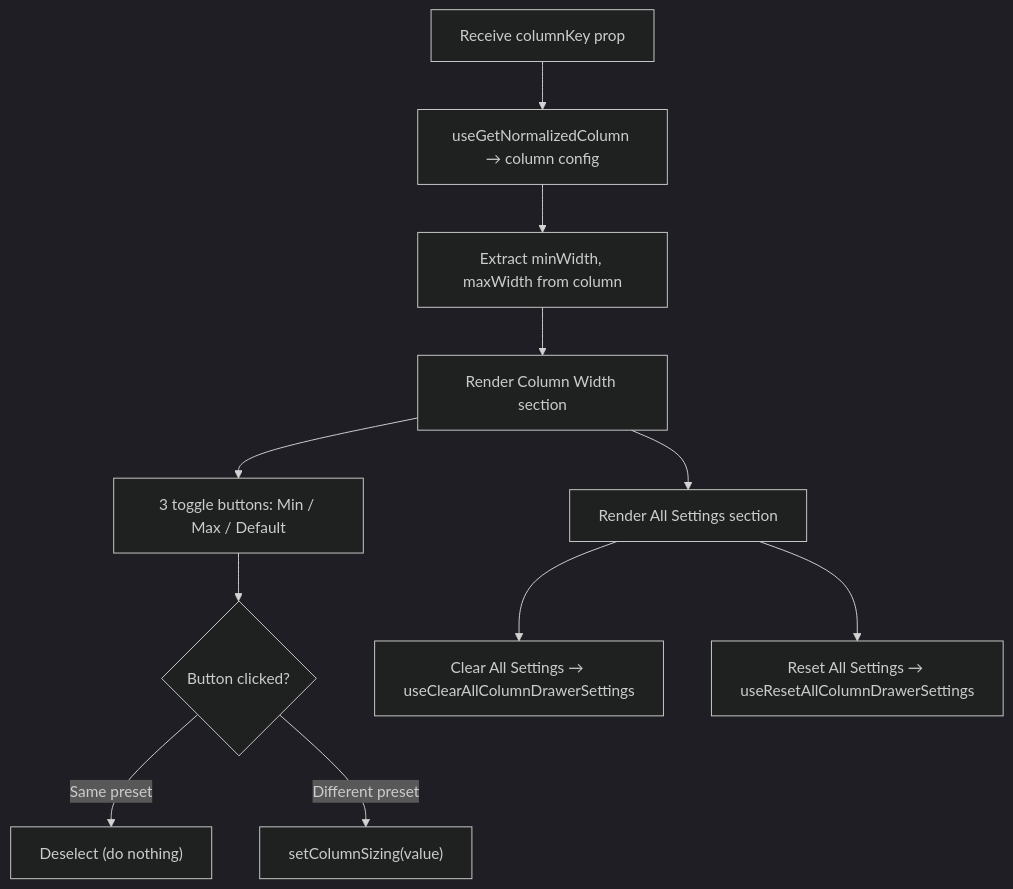
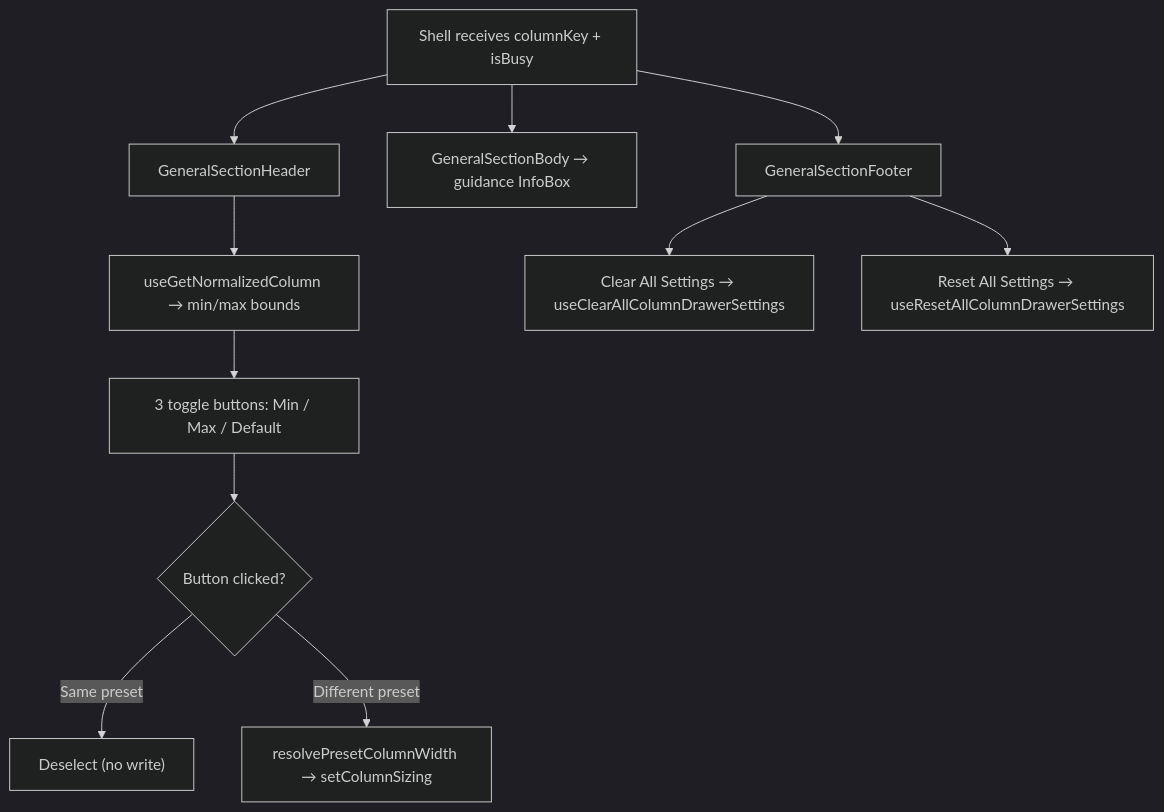
Before and after one commit to luciocabrera/lcabrera-stack: the second of 2 diagrams in packages/ui/src/components/Table/ColumnSettingsDrawer/GeneralSection/ARCHITECTURE.md, drawn with Mermaid (dark theme). The commit also changed other lines of this file and 13 other files, not shown here.

First line of the commit message:
refactor(ui): GeneralSection thin shell with self-connected Header/Body/Footer delegates

````diff
--- a/packages/ui/src/components/Table/ColumnSettingsDrawer/GeneralSection/ARCHITECTURE.md
+++ b/packages/ui/src/components/Table/ColumnSettingsDrawer/GeneralSection/ARCHITECTURE.md
@@ -36,13 +83,13 @@
 ```mermaid
 graph TD
-  A["Receive columnKey prop"] --> B["useGetNormalizedColumn → column config"]
-  B --> C["Extract minWidth, maxWidth from column"]
-  C --> D["Render Column Width section"]
-  D --> E["3 toggle buttons: Min / Max / Default"]
-  E --> F{"Button clicked?"}
-  F -->|"Same preset"| G["Deselect (do nothing)"]
-  F -->|"Different preset"| H["setColumnSizing(value)"]
-  D --> I["Render All Settings section"]
+  A["Shell receives columnKey + isBusy"] --> B["GeneralSectionHeader"]
+  B --> C["useGetNormalizedColumn → min/max bounds"]
+  C --> D["3 toggle buttons: Min / Max / Default"]
+  D --> E{"Button clicked?"}
+  E -->|"Same preset"| F["Deselect (no write)"]
+  E -->|"Different preset"| G["resolvePresetColumnWidth → setColumnSizing"]
+  A --> H["GeneralSectionBody → guidance InfoBox"]
+  A --> I["GeneralSectionFooter"]
   I --> J["Clear All Settings → useClearAllColumnDrawerSettings"]
   I --> K["Reset All Settings → useResetAllColumnDrawerSettings"]
 ```
````
